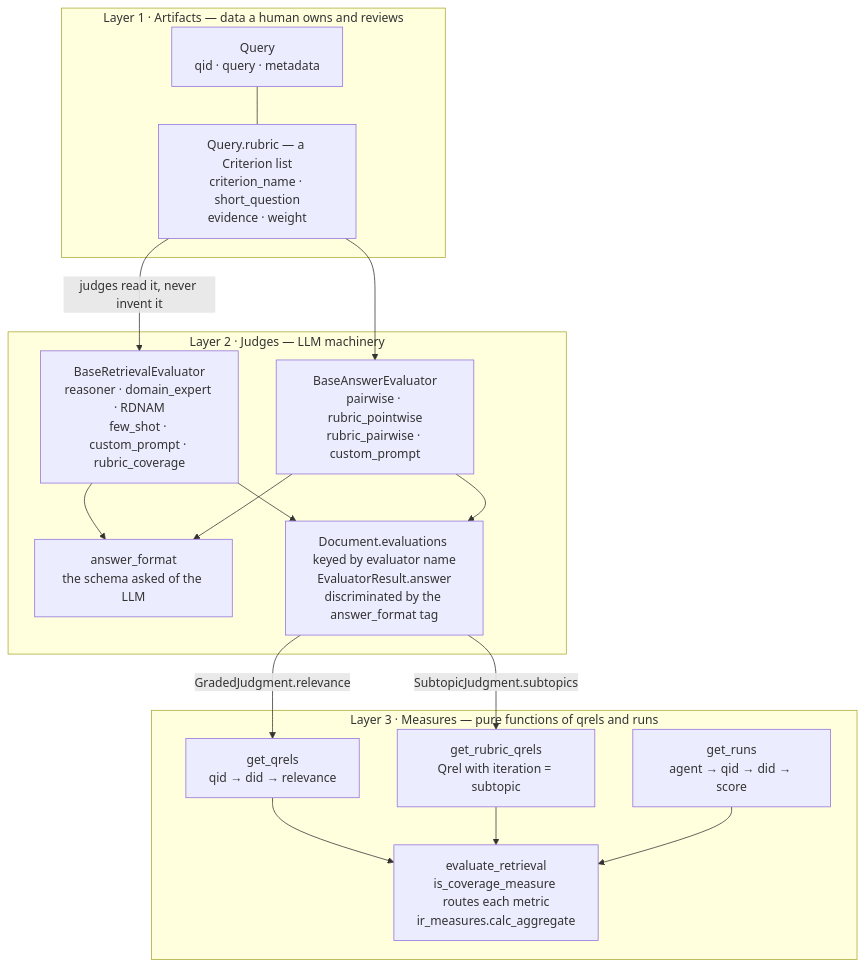
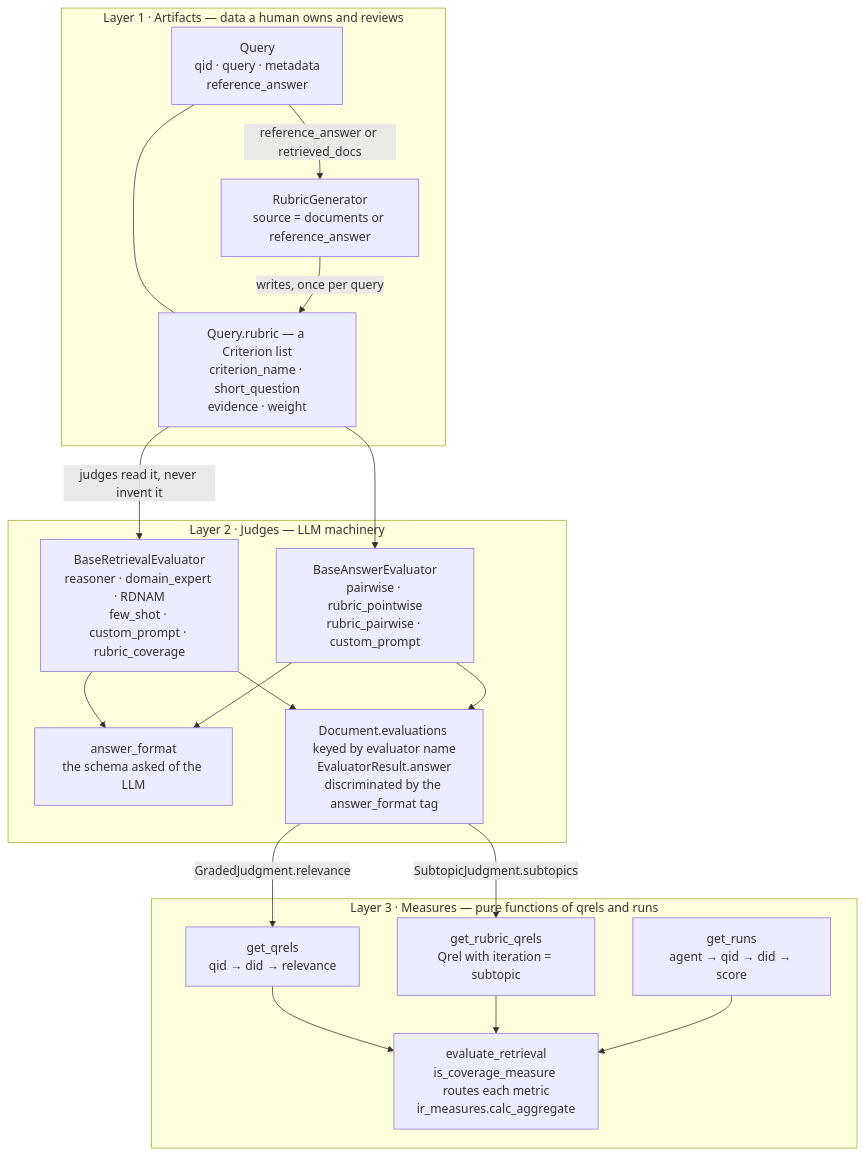
Before and after one commit to zetaalphavector/RAGElo: the diagram in docs/architecture.md, drawn with Mermaid. The commit also changed other lines of this file and 19 other files, not shown here.

````diff
--- a/docs/architecture.md
+++ b/docs/architecture.md
@@ -19,34 +20,37 @@
 ```mermaid
 flowchart TB
     subgraph artifacts["Layer 1 · Artifacts — data a human owns and reviews"]
-        query["Query<br/>qid · query · metadata"]
+        query["Query<br/>qid · query · metadata<br/>reference_answer"]
         rubric["Query.rubric — a Criterion list<br/>criterion_name · short_question<br/>evidence · weight"]
+        generator["RubricGenerator<br/>source = documents or reference_answer"]
         query --- rubric
+        query -->|"reference_answer or retrieved_docs"| generator
+        generator -->|"writes, once per query"| rubric
     end
 
     subgraph judges["Layer 2 · Judges — LLM machinery"]
         retrieval["BaseRetrievalEvaluator<br/>reasoner · domain_expert · RDNAM<br/>few_shot · custom_prompt · rubric_coverage"]
         answer["BaseAnswerEvaluator<br/>pairwise · rubric_pointwise<br/>rubric_pairwise · custom_prompt"]
         format["answer_format<br/>the schema asked of the LLM"]
         stored["Document.evaluations keyed by evaluator name<br/>EvaluatorResult.answer<br/>discriminated by the answer_format tag"]
         retrieval --> format
         answer --> format
         retrieval --> stored
         answer --> stored
     end
 
     subgraph measures["Layer 3 · Measures — pure functions of qrels and runs"]
         flat["get_qrels<br/>qid → did → relevance"]
         subtopic["get_rubric_qrels<br/>Qrel with iteration = subtopic"]
         runs["get_runs<br/>agent → qid → did → score"]
         agg["evaluate_retrieval<br/>is_coverage_measure routes each metric<br/>ir_measures.calc_aggregate"]
         flat --> agg
         subtopic --> agg
         runs --> agg
     end
 
     rubric -->|"judges read it, never invent it"| retrieval
     rubric --> answer
     stored -->|"GradedJudgment.relevance"| flat
     stored -->|"SubtopicJudgment.subtopics"| subtopic
 ```
````
